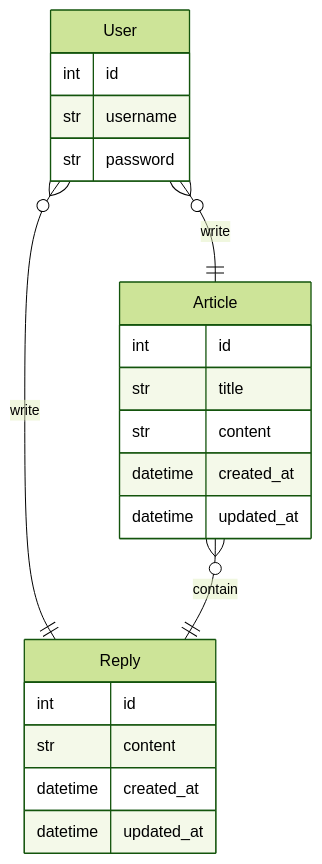
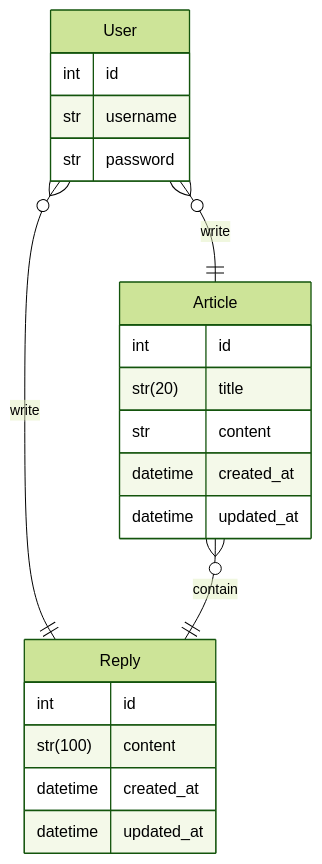
One commit to mintropy/Python-web-framework changed the diagram in README.md. Above: the diagram before and after it, drawn with Mermaid (forest theme).

Commit message:
User Article Reply models

````diff
--- a/README.md
+++ b/README.md
@@ -11,25 +11,25 @@
 ```mermaid
 erDiagram
 User {
     int id
     str username
     str password
 }
 Article {
     int id
-    str title
+    str(20) title
     str content
     datetime created_at
     datetime updated_at
 }
 Reply {
     int id
-    str content
+    str(100) content
     datetime created_at
     datetime updated_at
 }
 
 User }o--|| Article : write
 User }o--|| Reply : write
 Article }o--|| Reply : contain
 ```
````
